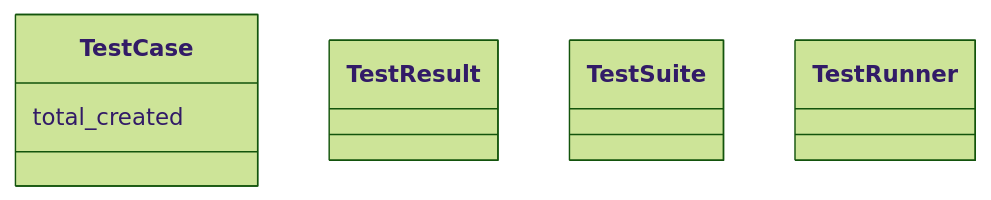
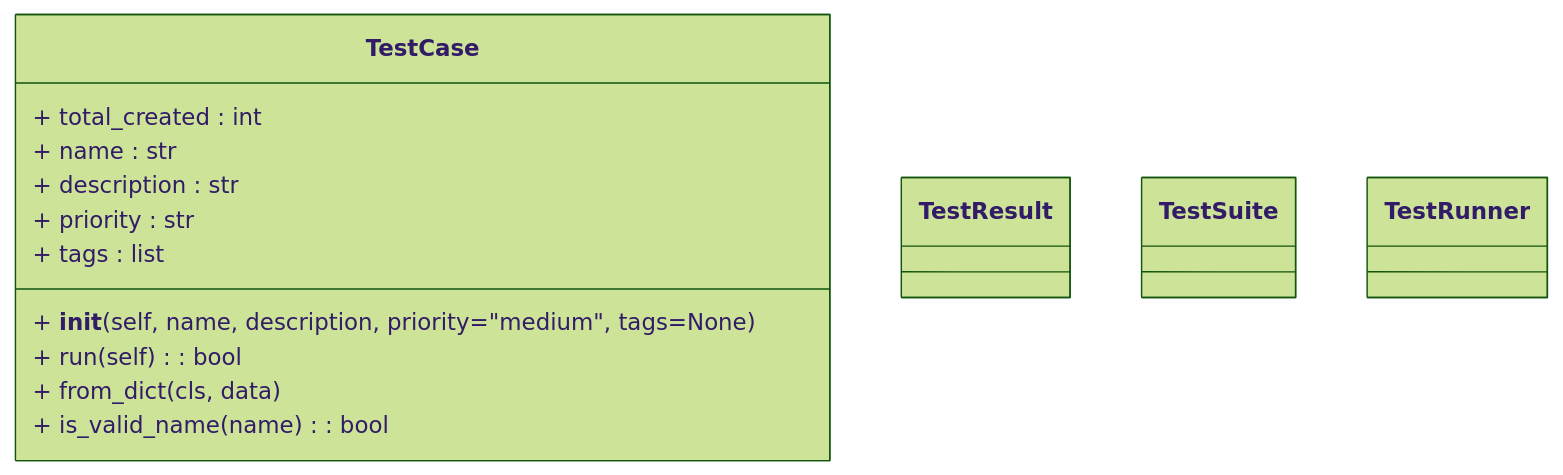
Before and after one commit to TRNG-00002423/Jackson-Champion: the diagram in Week1-Git-Python/Wednesday/exercise_oop/class_hierarchy.mermaid, drawn with Mermaid (forest theme).

```diff
--- a/Week1-Git-Python/Wednesday/exercise_oop/class_hierarchy.mermaid
+++ b/Week1-Git-Python/Wednesday/exercise_oop/class_hierarchy.mermaid
@@ -1,23 +1,31 @@
 classDiagram
     class TestCase {
         %% TODO: Add class attributes
-        total_created
+        + total_created : int
         %% TODO: Add instance attributes
+        + name : str
+        + description : str
+        + priority : str
+        + tags : list
         %% TODO: Add methods
+        + __init__(self, name, description, priority="medium", tags=None)
+        + run(self) : bool
+        + from_dict(cls, data)
+        + is_valid_name(name) : bool
     }
 
     class TestResult {
         %% TODO: Add attributes
         %% TODO: Add methods
     }
 
     class TestSuite {
         %% TODO: Add attributes
         %% TODO: Add methods
     }
 
     class TestRunner {
         %% TODO: Add methods
     }
 
     %% TODO: Define relationships between classes
```
